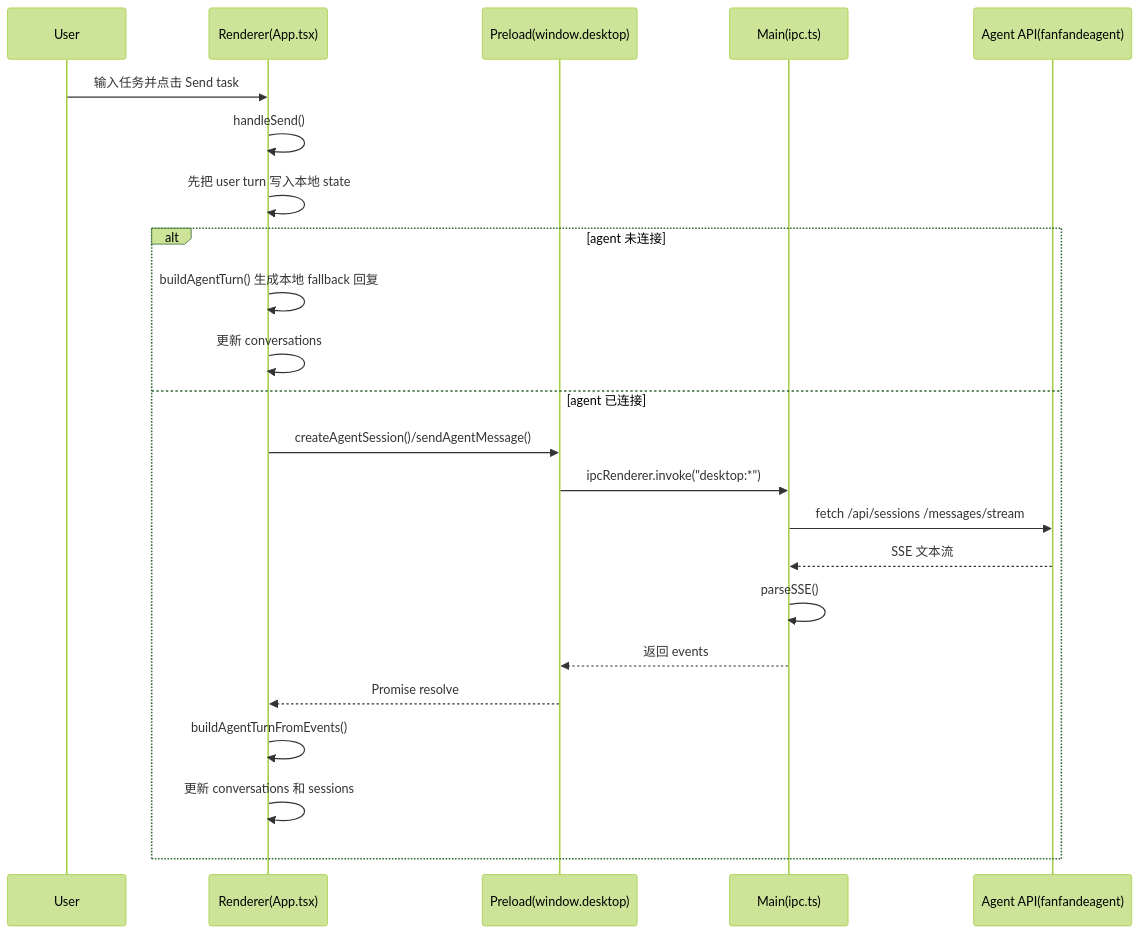
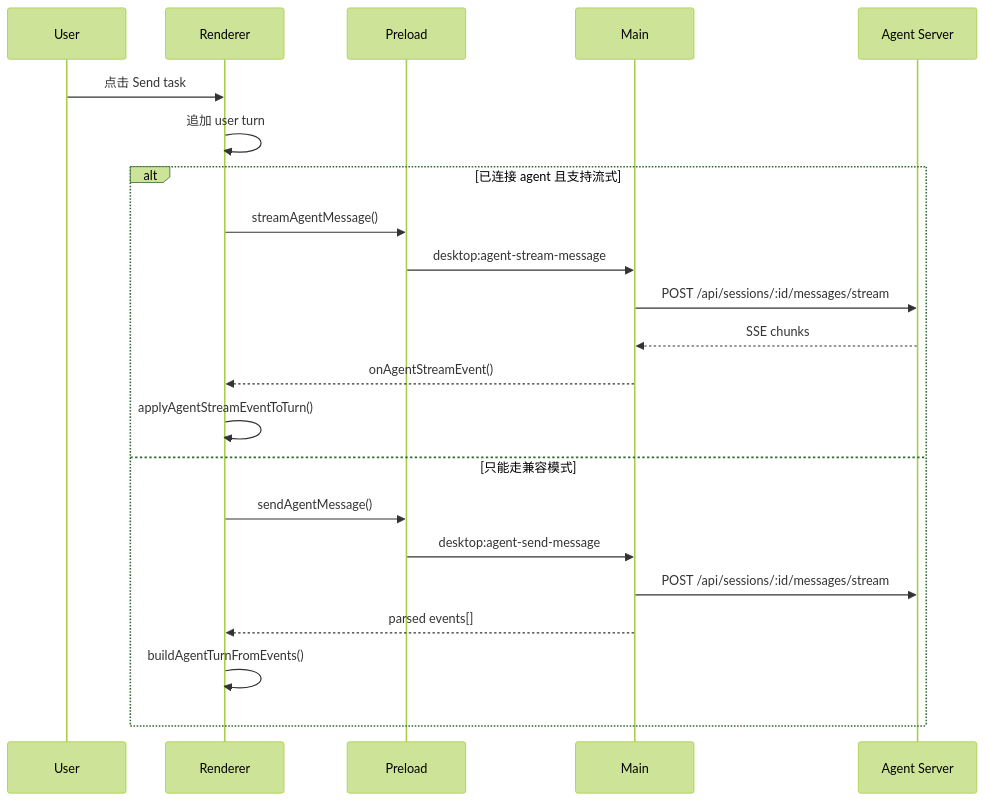
One commit to fanfan-de/fanfande_studio changed the third of 3 diagrams in packages/desktop/FRONTEND_ARCHITECTURE_GUIDE.md. Above: the diagram before and after it, drawn with Mermaid (forest theme). The commit also changed other lines of this file and 30 other files, not shown here.

Commit message:
Reorganize desktop docs around current workspace and API flow

````diff
--- a/packages/desktop/FRONTEND_ARCHITECTURE_GUIDE.md
+++ b/packages/desktop/FRONTEND_ARCHITECTURE_GUIDE.md
@@ -159,27 +162,25 @@
 ```mermaid
 sequenceDiagram
     participant U as User
-    participant R as Renderer(App.tsx)
-    participant P as Preload(window.desktop)
-    participant M as Main(ipc.ts)
-    participant A as Agent API(fanfandeagent)
+    participant R as Renderer
+    participant P as Preload
+    participant M as Main
+    participant A as Agent Server
 
-    U->>R: 输入任务并点击 Send task
-    R->>R: handleSend()
-    R->>R: 先把 user turn 写入本地 state
-
-    alt agent 未连接
-        R->>R: buildAgentTurn() 生成本地 fallback 回复
-        R->>R: 更新 conversations
-    else agent 已连接
-        R->>P: createAgentSession()/sendAgentMessage()
-        P->>M: ipcRenderer.invoke("desktop:*")
-        M->>A: fetch /api/sessions /messages/stream
-        A-->>M: SSE 文本流
-        M->>M: parseSSE()
-        M-->>P: 返回 events
-        P-->>R: Promise resolve
+    U->>R: 点击 Send task
+    R->>R: 追加 user turn
+    alt 已连接 agent 且支持流式
+        R->>P: streamAgentMessage()
+        P->>M: desktop:agent-stream-message
+        M->>A: POST /api/sessions/:id/messages/stream
+        A-->>M: SSE chunks
+        M-->>R: onAgentStreamEvent()
+        R->>R: applyAgentStreamEventToTurn()
+    else 只能走兼容模式
+        R->>P: sendAgentMessage()
+        P->>M: desktop:agent-send-message
+        M->>A: POST /api/sessions/:id/messages/stream
+        M-->>R: parsed events[]
         R->>R: buildAgentTurnFromEvents()
-        R->>R: 更新 conversations 和 sessions
     end
 ```
````
